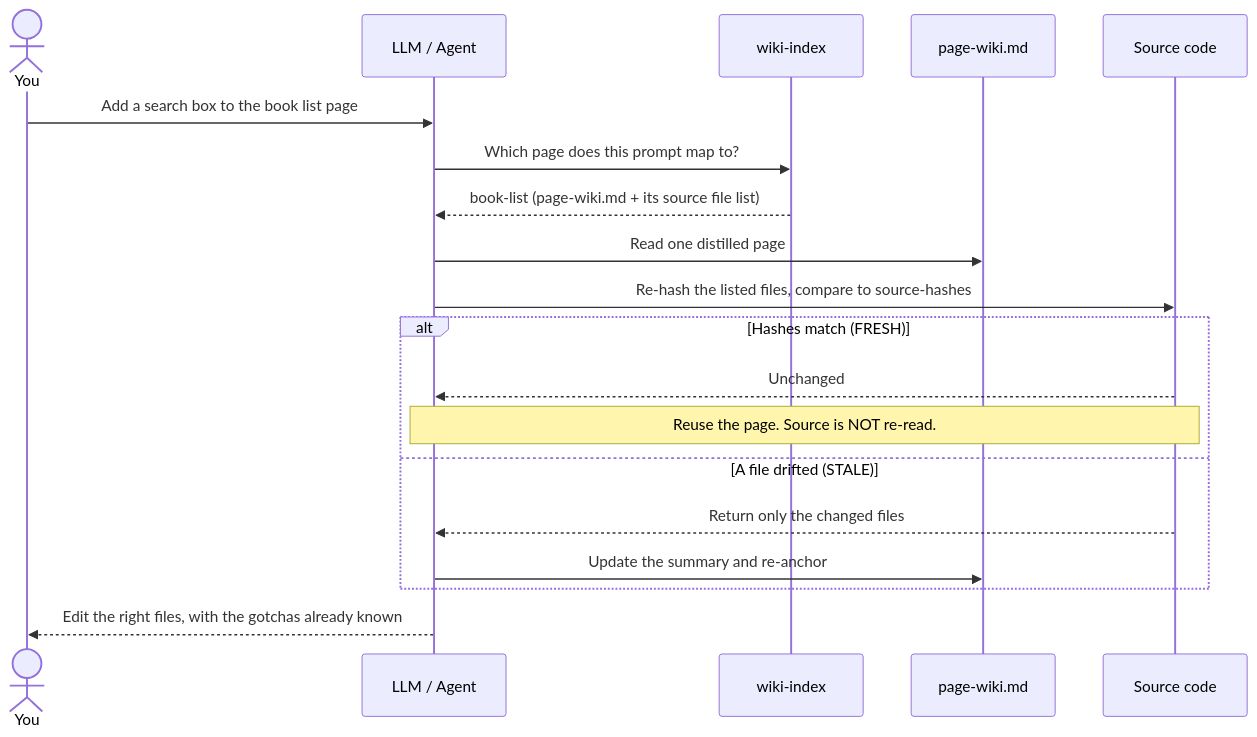
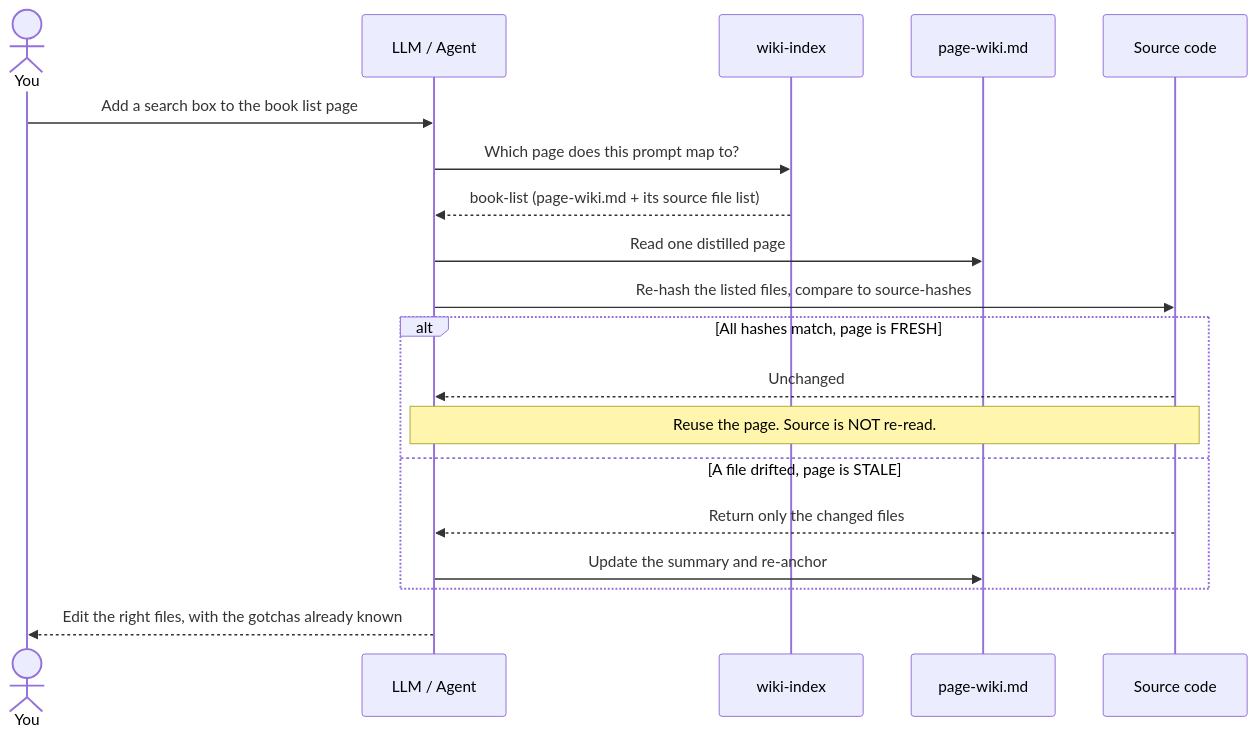
The first of 2 diagrams in content/en/ai/page-wiki-durable-codebase-knowledge.md (arungudelli/arungudelli), drawn with Mermaid before and after one commit. The commit also changed other lines of this file, not shown here.

First line of the commit message:
Fix Mermaid v12 syntax errors: quote flowchart labels

```diff
--- a/content/en/ai/page-wiki-durable-codebase-knowledge.md
+++ b/content/en/ai/page-wiki-durable-codebase-knowledge.md
@@ -213,22 +213,22 @@
 {{< mermaid >}}
 sequenceDiagram
     actor Dev as You
     participant LLM as LLM / Agent
     participant Index as wiki-index
     participant Wiki as page-wiki.md
     participant Src as Source code
 
     Dev->>LLM: Add a search box to the book list page
     LLM->>Index: Which page does this prompt map to?
     Index-->>LLM: book-list (page-wiki.md + its source file list)
     LLM->>Wiki: Read one distilled page
     LLM->>Src: Re-hash the listed files, compare to source-hashes
-    alt Hashes match (FRESH)
+    alt All hashes match, page is FRESH
         Src-->>LLM: Unchanged
         Note over LLM,Src: Reuse the page. Source is NOT re-read.
-    else A file drifted (STALE)
+    else A file drifted, page is STALE
         Src-->>LLM: Return only the changed files
         LLM->>Wiki: Update the summary and re-anchor
     end
     LLM-->>Dev: Edit the right files, with the gotchas already known
 {{< /mermaid >}}
```
